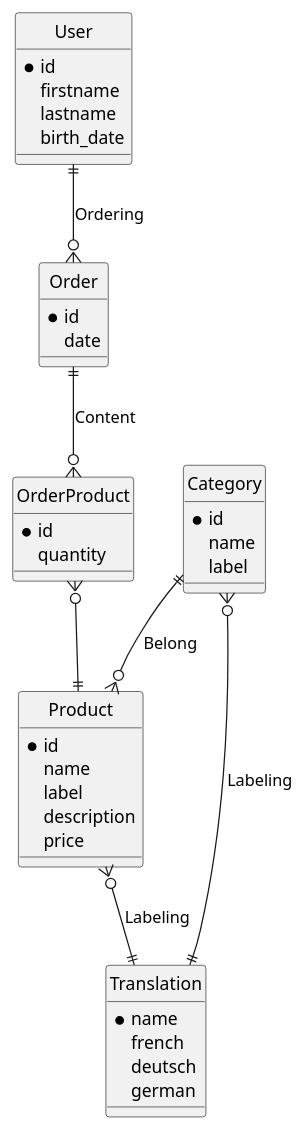
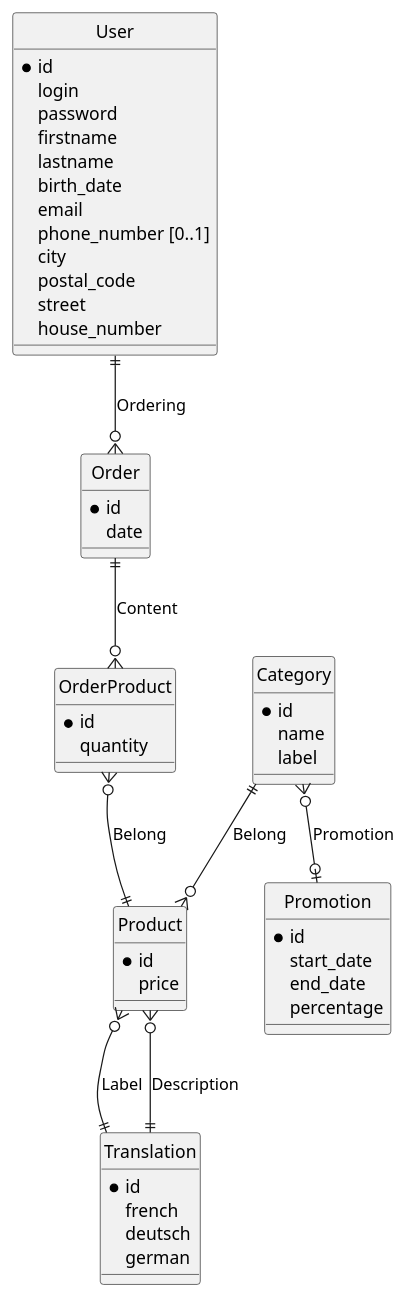
The diagram in schema/entityRelation.puml (ThibBer/SportProducts), drawn with PlantUML before and after one commit.

Commit message:
Update plantuml diagram

```diff
--- a/schema/entityRelation.puml
+++ b/schema/entityRelation.puml
@@ -1,50 +1,64 @@
 @startuml
 hide circle
 
 entity User {
     * id
+    login
+    password
     firstname
     lastname
     birth_date
+    email
+    phone_number [0..1]
+    city
+    postal_code
+    street
+    house_number
 }
 
 entity Category {
     * id
     name
     label
 }
 
 entity Product  {
     * id
-    name
-    label
-    description
     price
 }
 
 entity Order {
     *id
     date
 }
 
 entity OrderProduct {
     *id
     quantity
 }
 
 entity Translation {
-    * name
+    * id
     french
     deutsch
     german
 }
 
+entity Promotion {
+    *id
+    start_date
+    end_date
+    percentage
+}
+
 Order ||--o{ OrderProduct : Content
 User ||--o{ Order : Ordering
 Category ||--o{ Product : Belong
-OrderProduct }o--|| Product
+OrderProduct }o--|| Product : Belong
 
-Category }o--|| Translation : Labeling
-Product }o--|| Translation : Labeling
+Category }o--o| Promotion : Promotion
+
+Product }o--|| Translation : Label
+Product }o--|| Translation : Description
 
 @enduml
```
